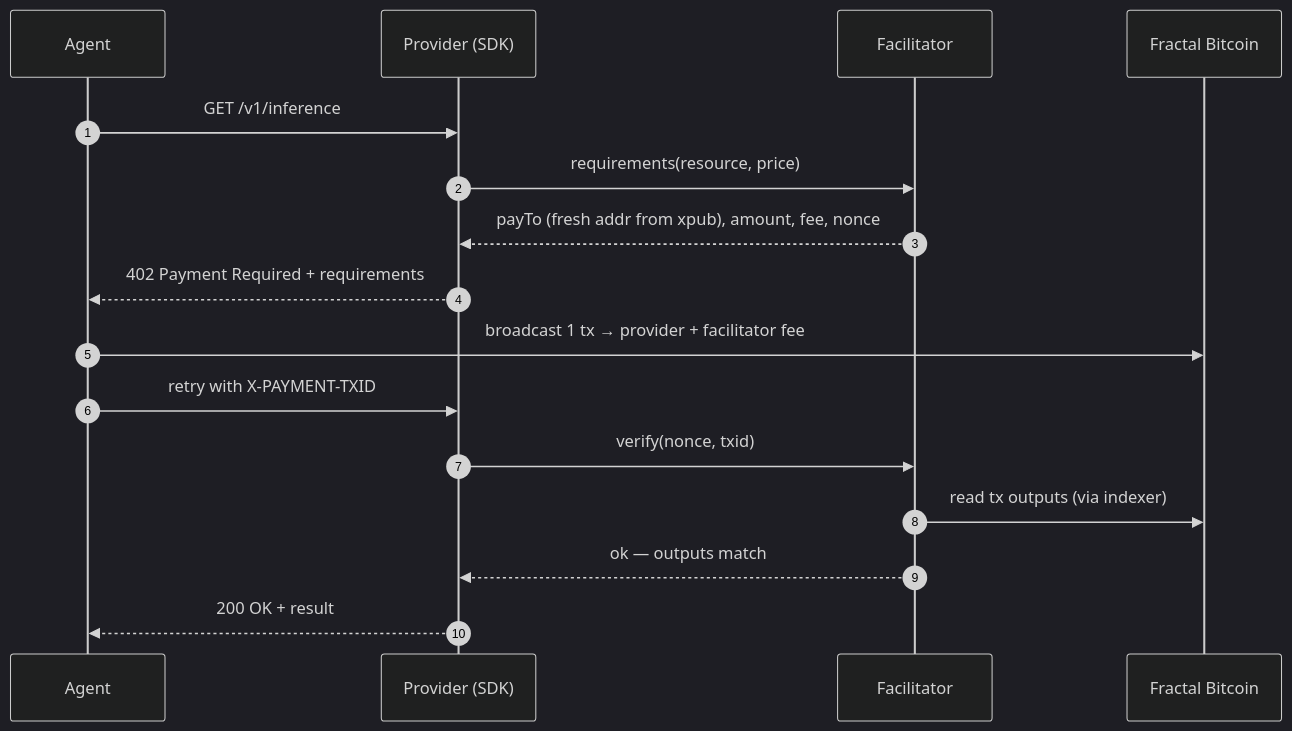
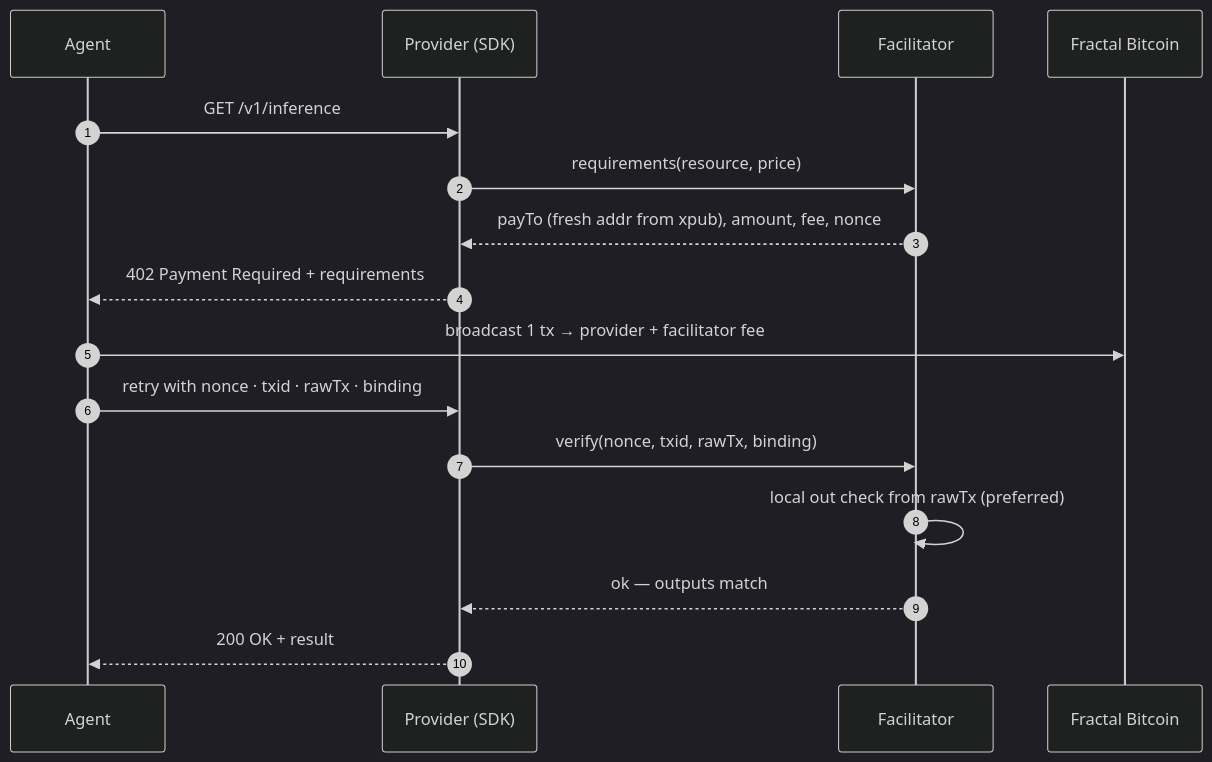
One commit to Avecci-Claussen/os-x402.fb changed the second of 2 diagrams in README.md. Above: the diagram before and after it, drawn with Mermaid (dark theme). The commit also changed other lines of this file and 24 other files, not shown here.

````diff
--- a/README.md
+++ b/README.md
@@ -61,18 +69,18 @@
 ```mermaid
 sequenceDiagram
   autonumber
   participant A as Agent
   participant P as Provider (SDK)
   participant F as Facilitator
   participant C as Fractal Bitcoin
   A->>P: GET /v1/inference
   P->>F: requirements(resource, price)
   F-->>P: payTo (fresh addr from xpub), amount, fee, nonce
   P-->>A: 402 Payment Required + requirements
   A->>C: broadcast 1 tx → provider + facilitator fee
-  A->>P: retry with X-PAYMENT-TXID
-  P->>F: verify(nonce, txid)
-  F->>C: read tx outputs (via indexer)
+  A->>P: retry with nonce · txid · rawTx · binding
+  P->>F: verify(nonce, txid, rawTx, binding)
+  F->>F: local out check from rawTx (preferred)
   F-->>P: ok — outputs match
   P-->>A: 200 OK + result
 ```
````
